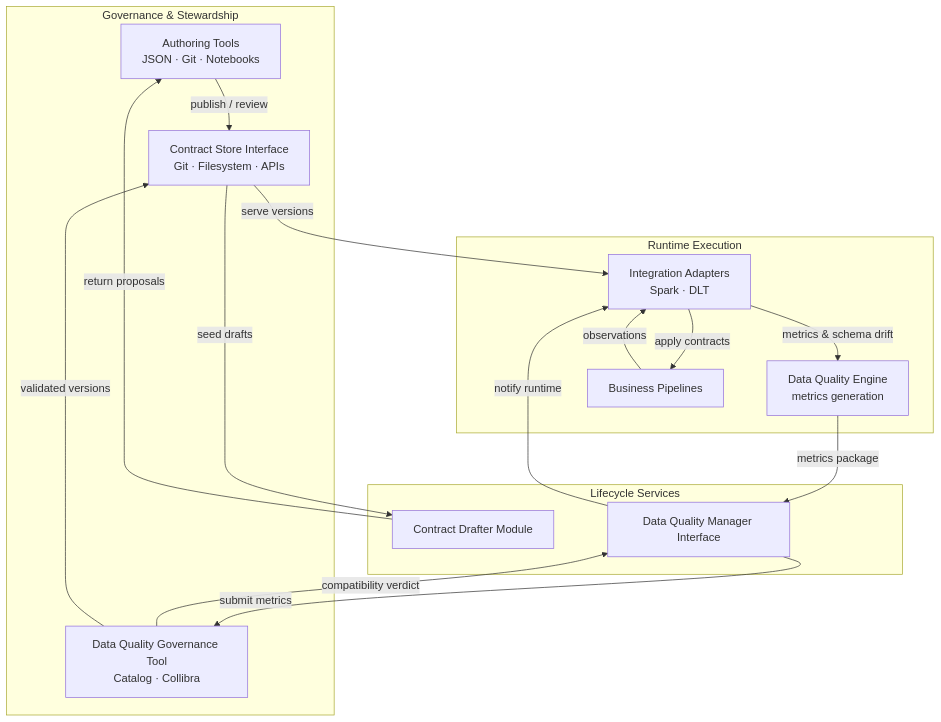
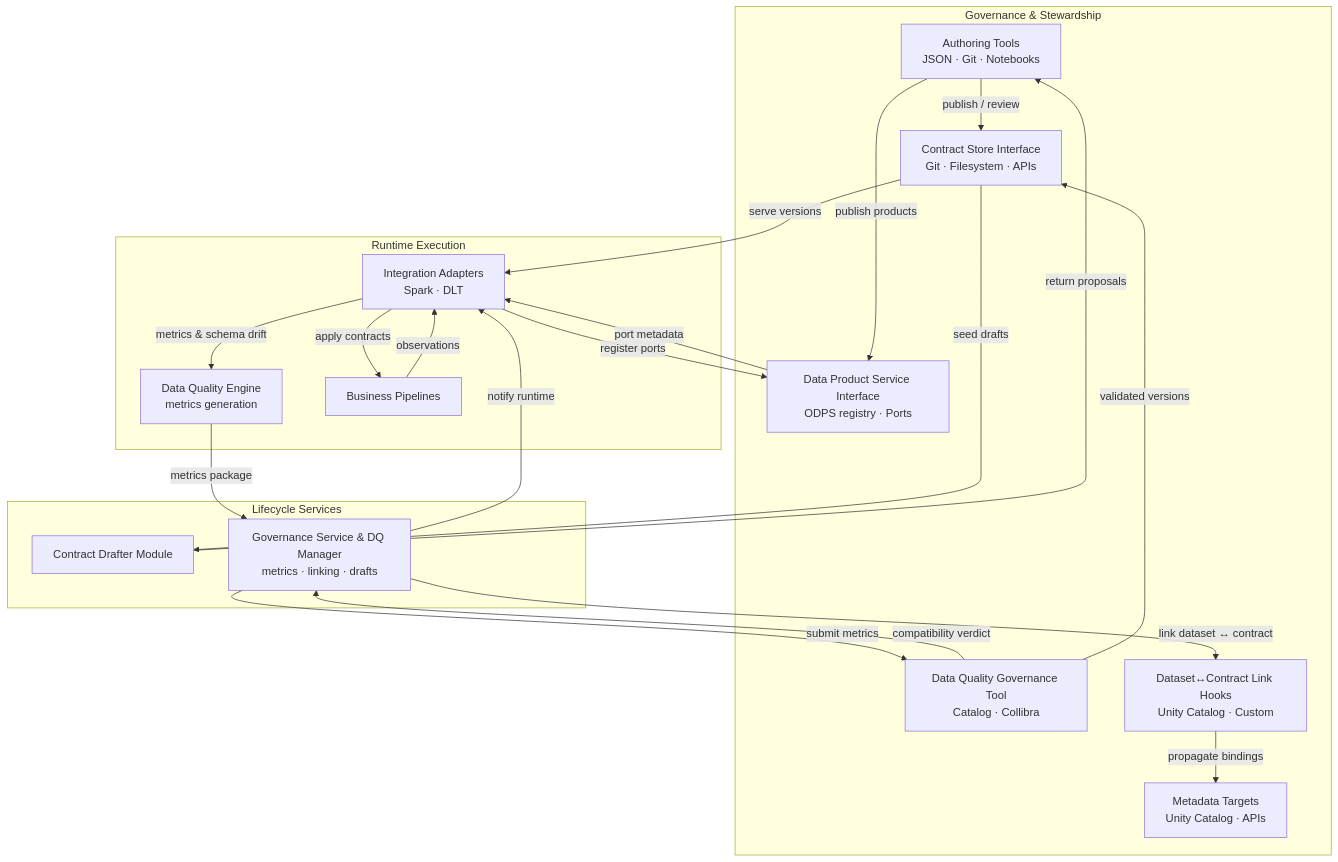
One commit to NextLab-SRL/dc43 changed the first of 2 diagrams in README.md. Above: the diagram before and after it, drawn with Mermaid. The commit also changed other lines of this file and 3 other files, not shown here.

Commit message:
docs: refresh architecture diagrams

````diff
--- a/README.md
+++ b/README.md
@@ -47,32 +50,40 @@
 ```mermaid
 flowchart TD
     subgraph Governance & Stewardship
         Authoring["Authoring Tools\nJSON · Git · Notebooks"]
         ContractStore["Contract Store Interface\nGit · Filesystem · APIs"]
+        DataProduct["Data Product Service Interface\nODPS registry · Ports"]
         DQTool["Data Quality Governance Tool\nCatalog · Collibra"]
+        LinkHooks["Dataset↔Contract Link Hooks\nUnity Catalog · Custom"]
+        MetadataTargets["Metadata Targets\nUnity Catalog · APIs"]
     end
 
     subgraph Lifecycle Services
         DraftModule["Contract Drafter Module"]
-        DQManager["Data Quality Manager Interface"]
+        GovernanceSvc["Governance Service & DQ Manager\nmetrics · linking · drafts"]
     end
 
     subgraph Runtime Execution
         DQEngine["Data Quality Engine\nmetrics generation"]
         IOHelpers["Integration Adapters\nSpark · DLT"]
         Pipelines["Business Pipelines"]
     end
 
     Authoring -->|publish / review| ContractStore
+    Authoring -->|publish products| DataProduct
     ContractStore -->|serve versions| IOHelpers
     ContractStore -->|seed drafts| DraftModule
     DraftModule -->|return proposals| Authoring
+    DataProduct -->|port metadata| IOHelpers
+    IOHelpers -->|register ports| DataProduct
     IOHelpers -->|apply contracts| Pipelines
     Pipelines -->|observations| IOHelpers
     IOHelpers -->|metrics & schema drift| DQEngine
-    DQEngine -->|metrics package| DQManager
-    DQManager -->|submit metrics| DQTool
-    DQTool -->|compatibility verdict| DQManager
+    DQEngine -->|metrics package| GovernanceSvc
+    GovernanceSvc -->|submit metrics| DQTool
+    DQTool -->|compatibility verdict| GovernanceSvc
     DQTool -->|validated versions| ContractStore
-    DQManager -->|notify runtime| IOHelpers
+    GovernanceSvc -->|notify runtime| IOHelpers
+    GovernanceSvc -->|link dataset ↔ contract| LinkHooks
+    LinkHooks -->|propagate bindings| MetadataTargets
 ```
````
